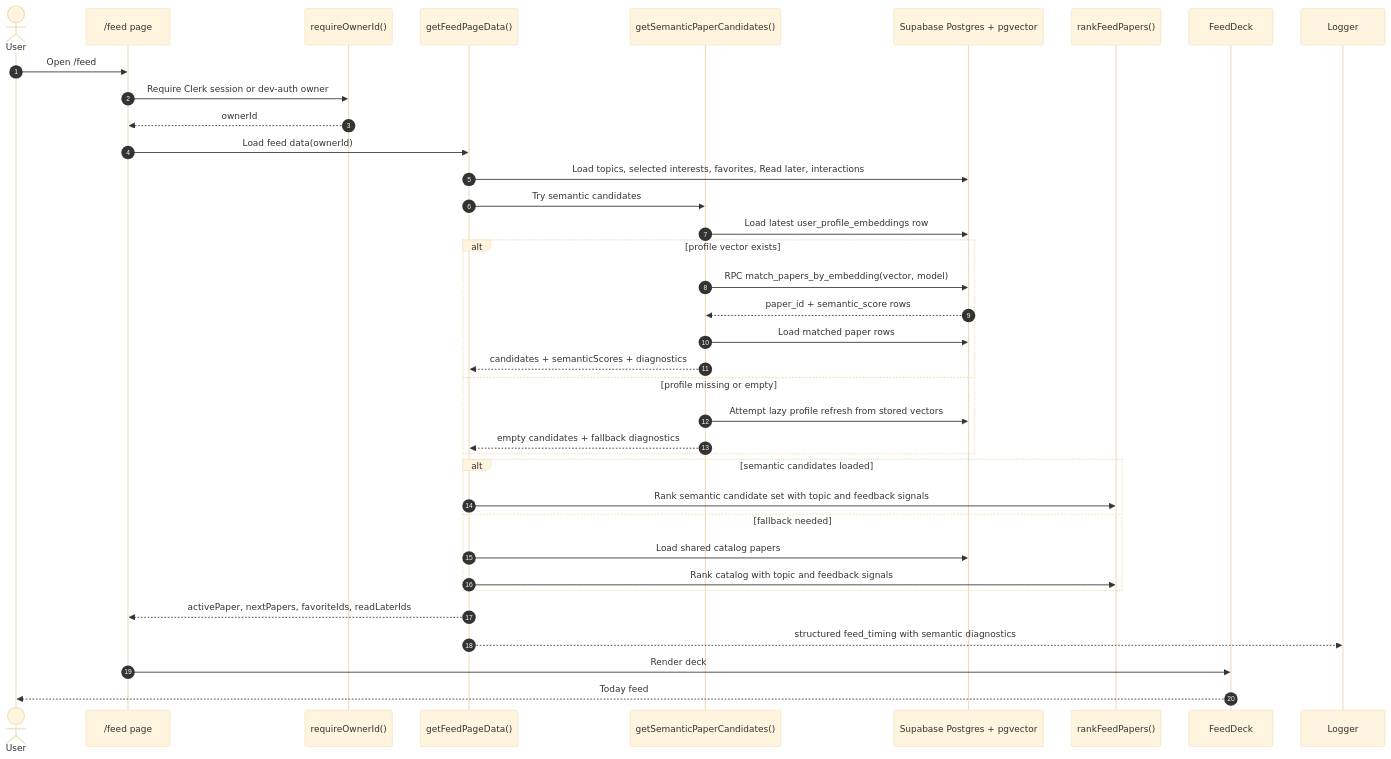
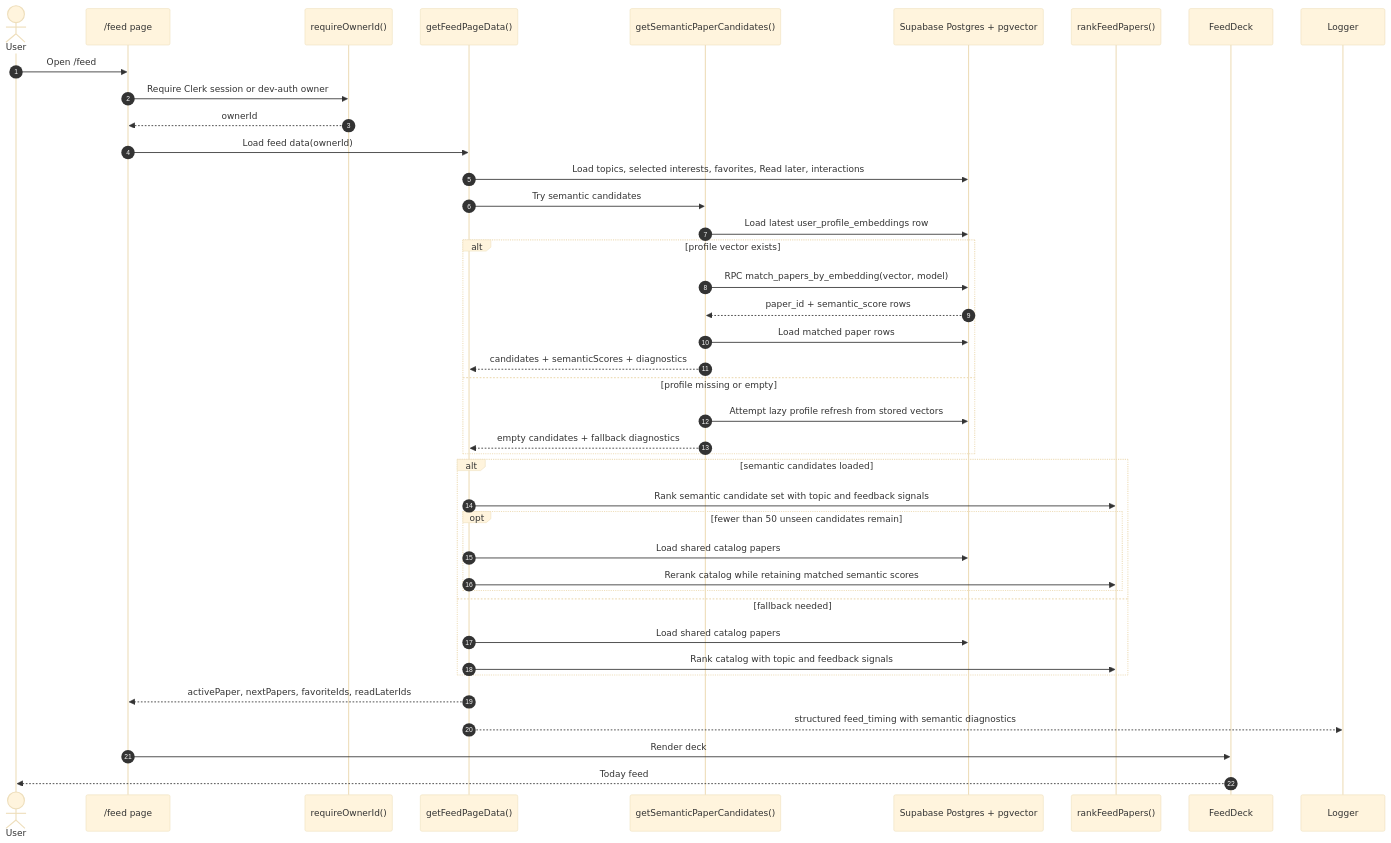
Before and after one commit to Mik1810/PaperDeck: the second of 6 diagrams in docs/architecture.md, drawn with Mermaid (base theme). The commit also changed 15 other files, not shown here.

````diff
--- a/docs/architecture.md
+++ b/docs/architecture.md
@@ -70,39 +70,43 @@
 ```mermaid
 sequenceDiagram
   autonumber
   actor User
   participant Page as /feed page
   participant Auth as requireOwnerId()
   participant Repo as getFeedPageData()
   participant Semantic as getSemanticPaperCandidates()
   participant Supabase as Supabase Postgres + pgvector
   participant Ranker as rankFeedPapers()
   participant UI as FeedDeck
 
   User->>Page: Open /feed
   Page->>Auth: Require Clerk session or dev-auth owner
   Auth-->>Page: ownerId
   Page->>Repo: Load feed data(ownerId)
   Repo->>Supabase: Load topics, selected interests, favorites, Read later, interactions
   Repo->>Semantic: Try semantic candidates
   Semantic->>Supabase: Load latest user_profile_embeddings row
   alt profile vector exists
     Semantic->>Supabase: RPC match_papers_by_embedding(vector, model)
     Supabase-->>Semantic: paper_id + semantic_score rows
     Semantic->>Supabase: Load matched paper rows
     Semantic-->>Repo: candidates + semanticScores + diagnostics
   else profile missing or empty
     Semantic->>Supabase: Attempt lazy profile refresh from stored vectors
     Semantic-->>Repo: empty candidates + fallback diagnostics
   end
   alt semantic candidates loaded
     Repo->>Ranker: Rank semantic candidate set with topic and feedback signals
+    opt fewer than 50 unseen candidates remain
+      Repo->>Supabase: Load shared catalog papers
+      Repo->>Ranker: Rerank catalog while retaining matched semantic scores
+    end
   else fallback needed
     Repo->>Supabase: Load shared catalog papers
     Repo->>Ranker: Rank catalog with topic and feedback signals
   end
   Repo-->>Page: activePaper, nextPapers, favoriteIds, readLaterIds
   Repo-->>Logger: structured feed_timing with semantic diagnostics
   Page->>UI: Render deck
   UI-->>User: Today feed
 ```
````
